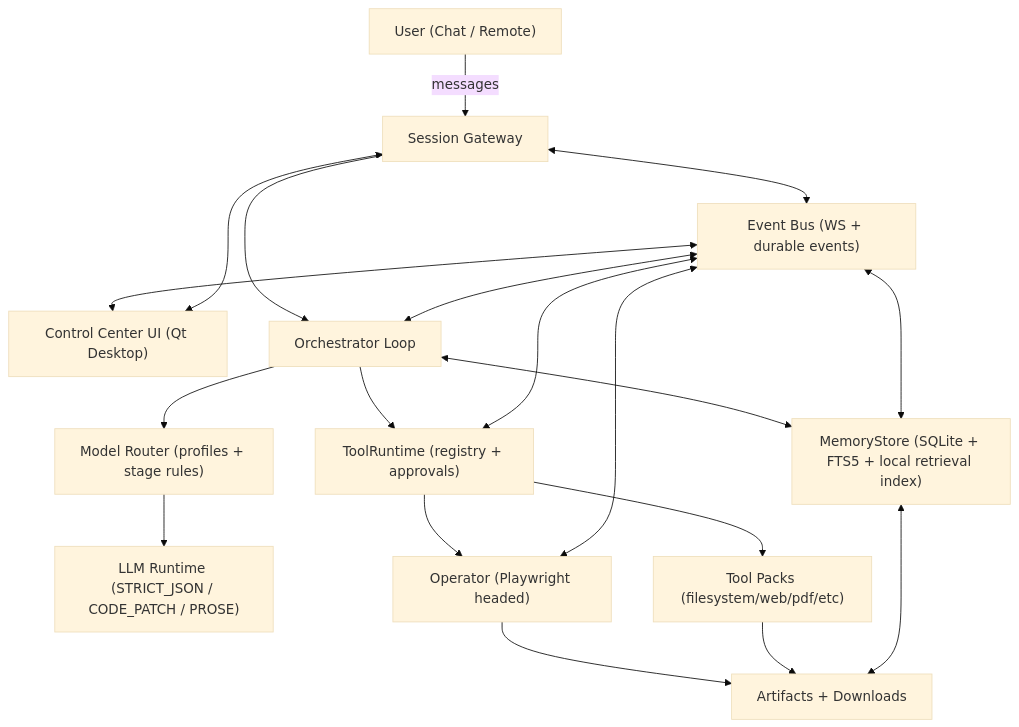
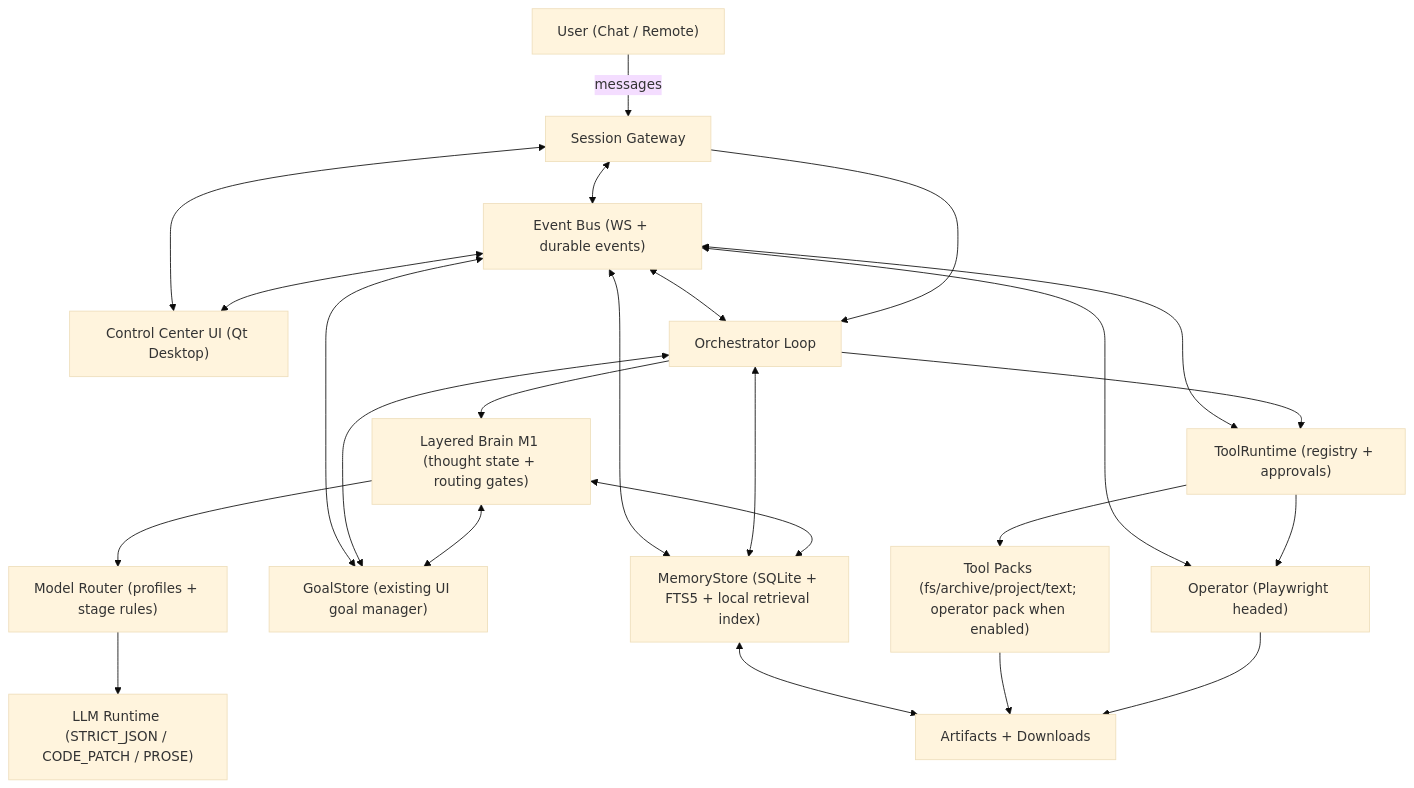
One commit to Janonymous0125/StarkAssistant changed the first of 7 diagrams in README.md. Above: the diagram before and after it, drawn with Mermaid (base theme). The commit also changed other lines of this file, not shown here.

````diff
--- a/README.md
+++ b/README.md
@@ -84,23 +106,28 @@
 ```mermaid
 flowchart TD
   User["User (Chat / Remote)"] -->|messages| GW[Session Gateway]
   UI["Control Center UI (Qt Desktop)"] <--> GW
   GW <--> EB["Event Bus (WS + durable events)"]
 
   GW --> ORCH[Orchestrator Loop]
-  ORCH <--> MEM["MemoryStore (SQLite + FTS5 + local retrieval index)"]
-  ORCH --> ROUTER["Model Router (profiles + stage rules)"]
+  ORCH --> BRAIN["Layered Brain M1 (thought state + routing gates)"]
+  BRAIN <--> MEM["MemoryStore (SQLite + FTS5 + local retrieval index)"]
+  BRAIN <--> GOALS["GoalStore (existing UI goal manager)"]
+  ORCH <--> MEM
+  ORCH <--> GOALS
+  BRAIN --> ROUTER["Model Router (profiles + stage rules)"]
   ROUTER --> LLMRT["LLM Runtime (STRICT_JSON / CODE_PATCH / PROSE)"]
   ORCH --> TR["ToolRuntime (registry + approvals)"]
   TR --> OPS["Operator (Playwright headed)"]
-  TR --> TP["Tool Packs (filesystem/web/pdf/etc)"]
+  TR --> TP["Tool Packs (fs/archive/project/text; operator pack when enabled)"]
   OPS --> ART[Artifacts + Downloads]
   TP --> ART
   MEM <--> ART
 
   EB <--> ORCH
   EB <--> MEM
+  EB <--> GOALS
   EB <--> TR
   EB <--> OPS
   EB <--> UI
 ```
````
